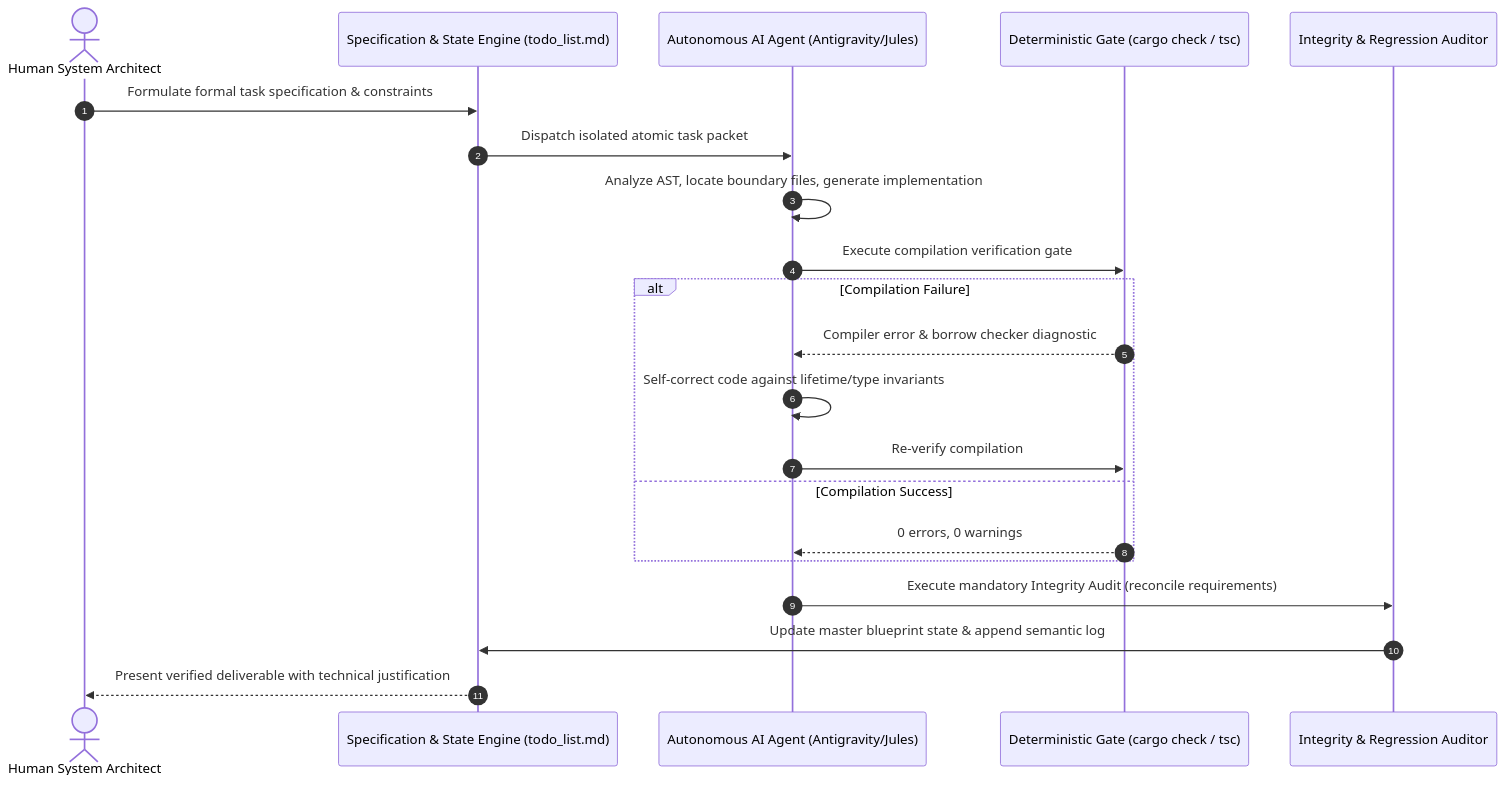
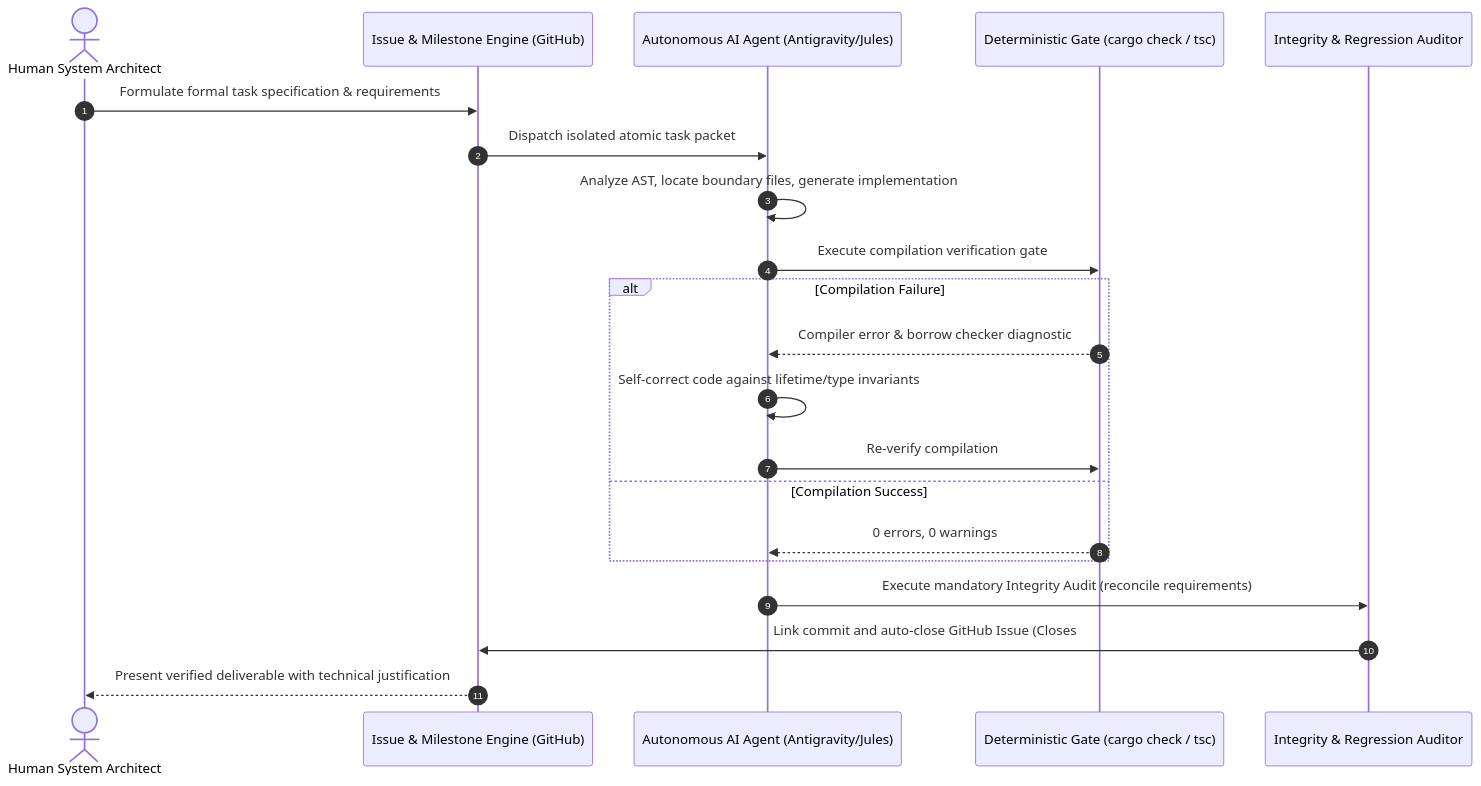
The second of 2 diagrams in docs/architecture/AI_ORCHESTRATION.md (Headhunte-121/timestampet), drawn with Mermaid before and after one commit. The commit also changed other lines of this file and 3 other files, not shown here.

Commit message:
docs: align architecture guides and README for public release

````diff
--- a/docs/architecture/AI_ORCHESTRATION.md
+++ b/docs/architecture/AI_ORCHESTRATION.md
@@ -68,24 +68,24 @@
 ```mermaid
 sequenceDiagram
     autonumber
     actor Architect as Human System Architect
-    participant Spec as Specification & State Engine (todo_list.md)
+    participant Spec as Issue & Milestone Engine (GitHub)
     participant Agent as Autonomous AI Agent (Antigravity/Jules)
     participant Compiler as Deterministic Gate (cargo check / tsc)
     participant Audit as Integrity & Regression Auditor
 
-    Architect->>Spec: Formulate formal task specification & constraints
+    Architect->>Spec: Formulate formal task specification & requirements
     Spec->>Agent: Dispatch isolated atomic task packet
     Agent->>Agent: Analyze AST, locate boundary files, generate implementation
     Agent->>Compiler: Execute compilation verification gate
     alt Compilation Failure
         Compiler-->>Agent: Compiler error & borrow checker diagnostic
         Agent->>Agent: Self-correct code against lifetime/type invariants
         Agent->>Compiler: Re-verify compilation
     else Compilation Success
         Compiler-->>Agent: 0 errors, 0 warnings
     end
     Agent->>Audit: Execute mandatory Integrity Audit (reconcile requirements)
-    Audit->>Spec: Update master blueprint state & append semantic log
+    Audit->>Spec: Link commit and auto-close GitHub Issue (Closes #X)
     Spec-->>Architect: Present verified deliverable with technical justification
 ```
````
